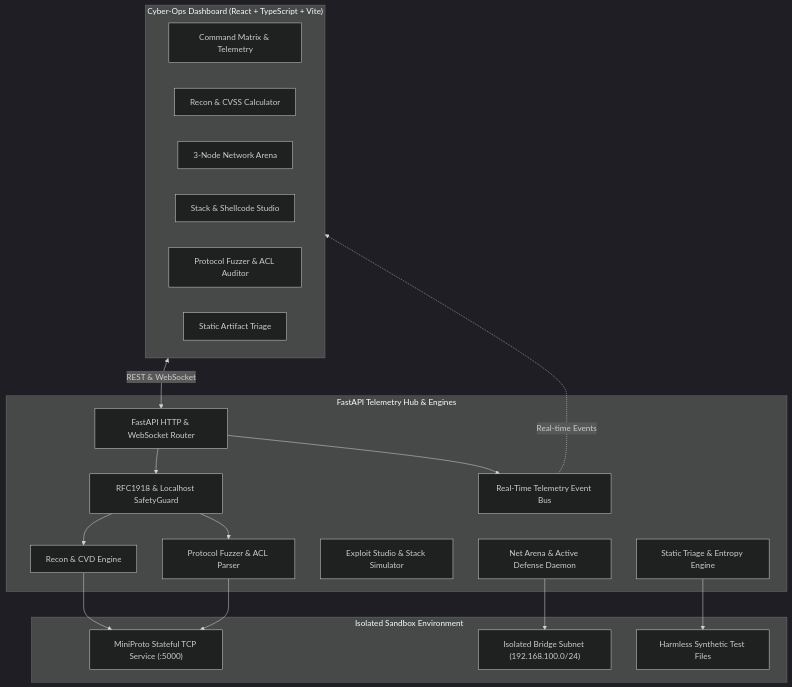
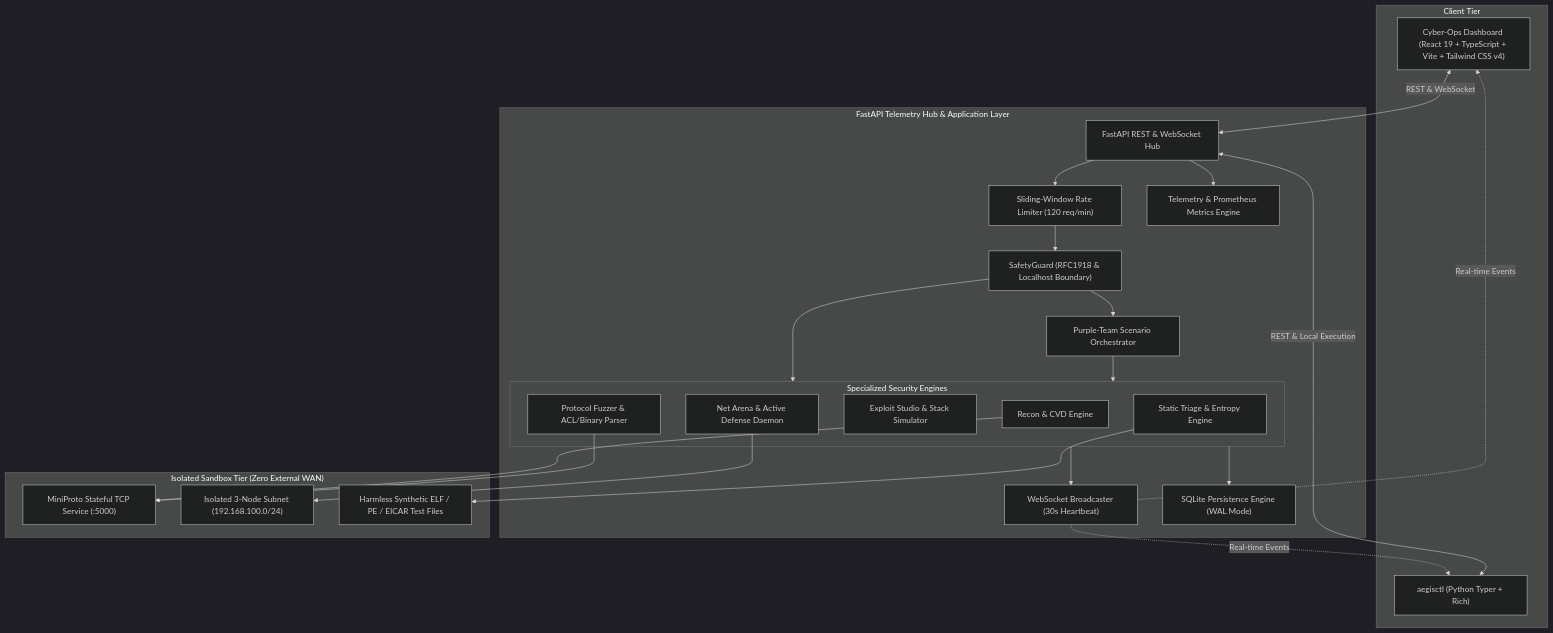
One commit to yashwantraj147-eng/aegisforge changed the first of 8 diagrams in docs/ARCHITECTURE.md. Above: the diagram before and after it, drawn with Mermaid (dark theme). The commit also changed other lines of this file and 10 other files, not shown here.

Commit message:
docs: complete Phase 7 - API specs, architecture diagrams, contributing guide, and GitHub templates

````diff
--- a/docs/ARCHITECTURE.md
+++ b/docs/ARCHITECTURE.md
@@ -6,41 +6,50 @@
 ```mermaid
 flowchart TD
-    subgraph Frontend["Cyber-Ops Dashboard (React + TypeScript + Vite)"]
-        UI_Overview["Command Matrix & Telemetry"]
-        UI_Recon["Recon & CVSS Calculator"]
-        UI_Net["3-Node Network Arena"]
-        UI_Exploit["Stack & Shellcode Studio"]
-        UI_Fuzz["Protocol Fuzzer & ACL Auditor"]
-        UI_Triage["Static Artifact Triage"]
+    subgraph Client["Client Tier"]
+        UI["Cyber-Ops Dashboard (React 19 + TypeScript + Vite + Tailwind CSS v4)"]
+        CLI["aegisctl (Python Typer + Rich)"]
     end
 
-    subgraph Backend["FastAPI Telemetry Hub & Engines"]
-        API_Gateway["FastAPI HTTP & WebSocket Router"]
-        Safety_Guard["RFC1918 & Localhost SafetyGuard"]
-        WS_Bus["Real-Time Telemetry Event Bus"]
+    subgraph Backend["FastAPI Telemetry Hub & Application Layer"]
+        API_GW["FastAPI REST & WebSocket Hub"]
+        Limiter["Sliding-Window Rate Limiter (120 req/min)"]
+        Safety_Guard["SafetyGuard (RFC1918 & Localhost Boundary)"]
+        Metrics_Svc["Telemetry & Prometheus Metrics Engine"]
+        WS_Bus["WebSocket Broadcaster (30s Heartbeat)"]
+        DB["SQLite Persistence Engine (WAL Mode)"]
 
-        Eng_Recon["Recon & CVD Engine"]
-        Eng_Net["Net Arena & Active Defense Daemon"]
-        Eng_Exploit["Exploit Studio & Stack Simulator"]
-        Eng_Fuzz["Protocol Fuzzer & ACL Parser"]
-        Eng_Triage["Static Triage & Entropy Engine"]
+        subgraph Engines["Specialized Security Engines"]
+            Eng_Recon["Recon & CVD Engine"]
+            Eng_Net["Net Arena & Active Defense Daemon"]
+            Eng_Exploit["Exploit Studio & Stack Simulator"]
+            Eng_Fuzz["Protocol Fuzzer & ACL/Binary Parser"]
+            Eng_Triage["Static Triage & Entropy Engine"]
+        end
+
+        Orchestrator["Purple-Team Scenario Orchestrator"]
     end
 
-    subgraph Sandbox["Isolated Sandbox Environment"]
+    subgraph Sandbox["Isolated Sandbox Tier (Zero External WAN)"]
         Mock_Targets["MiniProto Stateful TCP Service (:5000)"]
-        Virtual_Net["Isolated Bridge Subnet (192.168.100.0/24)"]
-        Benign_Artifacts["Harmless Synthetic Test Files"]
+        Virtual_Net["Isolated 3-Node Subnet (192.168.100.0/24)"]
+        Benign_Artifacts["Harmless Synthetic ELF / PE / EICAR Test Files"]
     end
 
-    Frontend <-->|REST & WebSocket| API_Gateway
-    API_Gateway --> Safety_Guard
-    Safety_Guard --> Eng_Recon
-    Safety_Guard --> Eng_Fuzz
-    API_Gateway --> WS_Bus
-    WS_Bus -.->|Real-time Events| Frontend
+    UI <-->|REST & WebSocket| API_GW
+    CLI <-->|REST & Local Execution| API_GW
+    API_GW --> Limiter
+    Limiter --> Safety_Guard
+    Safety_Guard --> Orchestrator
+    Safety_Guard --> Engines
+    Orchestrator --> Engines
+    Engines --> DB
+    Engines --> WS_Bus
+    WS_Bus -.->|Real-time Events| UI
+    WS_Bus -.->|Real-time Events| CLI
+    API_GW --> Metrics_Svc
 
     Eng_Recon --> Mock_Targets
     Eng_Net --> Virtual_Net
     Eng_Fuzz --> Mock_Targets
     Eng_Triage --> Benign_Artifacts
 ```
````
